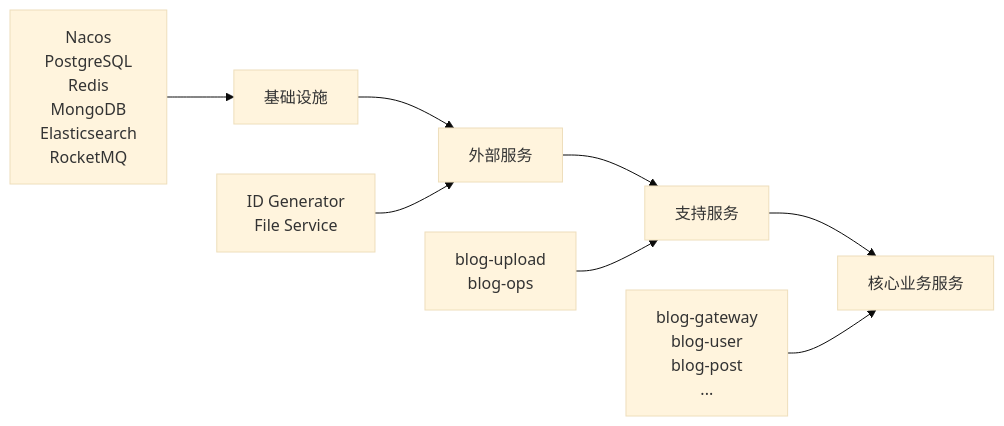
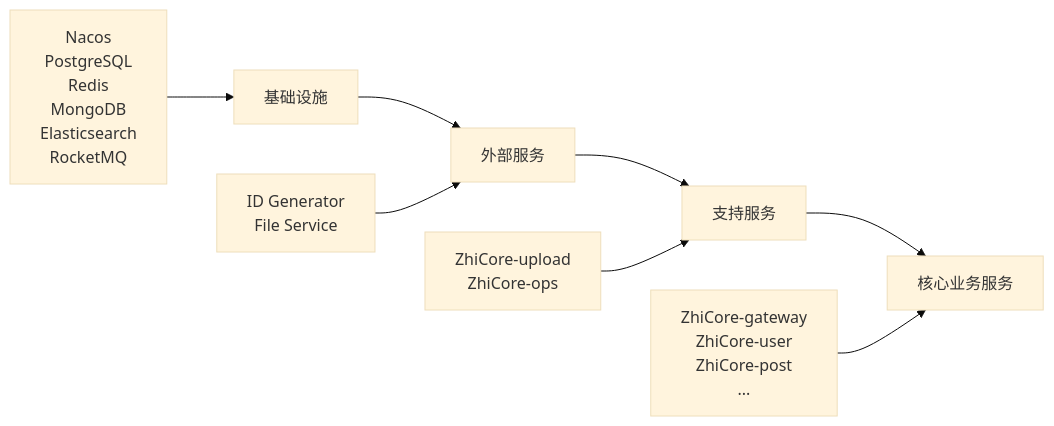
One commit to architectcgz/zhicore changed the second of 2 diagrams in docs/architecture/02-microservices-list.md. Above: the diagram before and after it, drawn with Mermaid (base theme). The commit also changed other lines of this file and 1789 other files, not shown here.

````diff
--- a/docs/architecture/02-microservices-list.md
+++ b/docs/architecture/02-microservices-list.md
@@ -759,11 +759,11 @@
 ```mermaid
 graph LR
     A[基础设施] --> B[外部服务]
     B --> C[支持服务]
     C --> D[核心业务服务]
     
     A1[Nacos<br/>PostgreSQL<br/>Redis<br/>MongoDB<br/>Elasticsearch<br/>RocketMQ] --> A
     B1[ID Generator<br/>File Service] --> B
-    C1[blog-upload<br/>blog-ops] --> C
-    D1[blog-gateway<br/>blog-user<br/>blog-post<br/>...] --> D
+    C1[ZhiCore-upload<br/>ZhiCore-ops] --> C
+    D1[ZhiCore-gateway<br/>ZhiCore-user<br/>ZhiCore-post<br/>...] --> D
 ```
````
